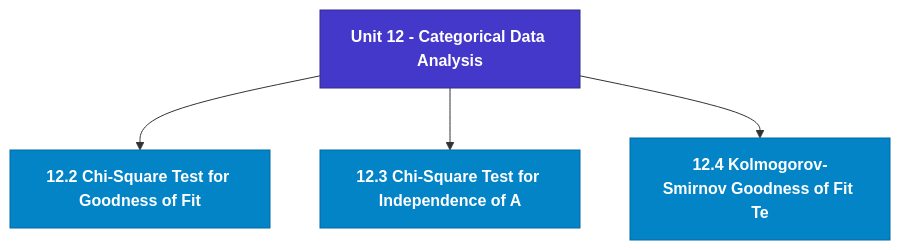
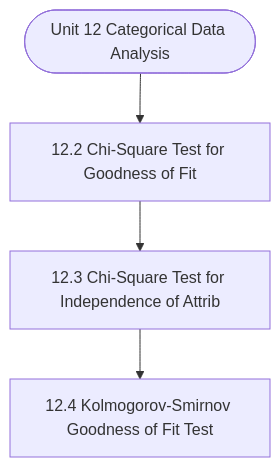
Before and after one commit to Asutosh-Coaching/mscdsa: the diagram in notes/Semester_2/MCS-066_Mathematical_Foundations_-_II/unit_12_Categorical_Data_Analysis.md, drawn with Mermaid. The commit also changed other lines of this file and 115 other files, not shown here.

Commit message:
Fix Mermaid layout for mobile, isolate LaTeX delimiters, and add GitHub Pages reader

````diff
--- a/notes/Semester_2/MCS-066_Mathematical_Foundations_-_II/unit_12_Categorical_Data_Analysis.md
+++ b/notes/Semester_2/MCS-066_Mathematical_Foundations_-_II/unit_12_Categorical_Data_Analysis.md
@@ -19,15 +19,10 @@
 ```mermaid
 flowchart TD
-  %% Styling Definitions
-  classDef head fill:#4338ca,stroke:#312e81,color:#ffffff,font-weight:bold;
-  classDef topic fill:#0284c7,stroke:#0369a1,color:#ffffff,font-weight:600;
-  classDef sub fill:#1e293b,stroke:#475569,color:#f8fafc;
-
-  Root["Unit 12 - Categorical Data Analysis"]:::head
-  M1["12.2 Chi-Square Test for Goodness of Fit"]:::topic
-  Root --> M1
-  M2["12.3 Chi-Square Test for Independence of A"]:::topic
-  Root --> M2
-  M3["12.4 Kolmogorov-Smirnov Goodness of Fit Te"]:::topic
-  Root --> M3
+  Start(["Unit 12 Categorical Data Analysis"])
+  N1["12.2 Chi-Square Test for Goodness of Fit"]
+  N2["12.3 Chi-Square Test for Independence of Attrib"]
+  N3["12.4 Kolmogorov-Smirnov Goodness of Fit Test"]
+  Start --> N1
+  N1 --> N2
+  N2 --> N3
 ```
````
